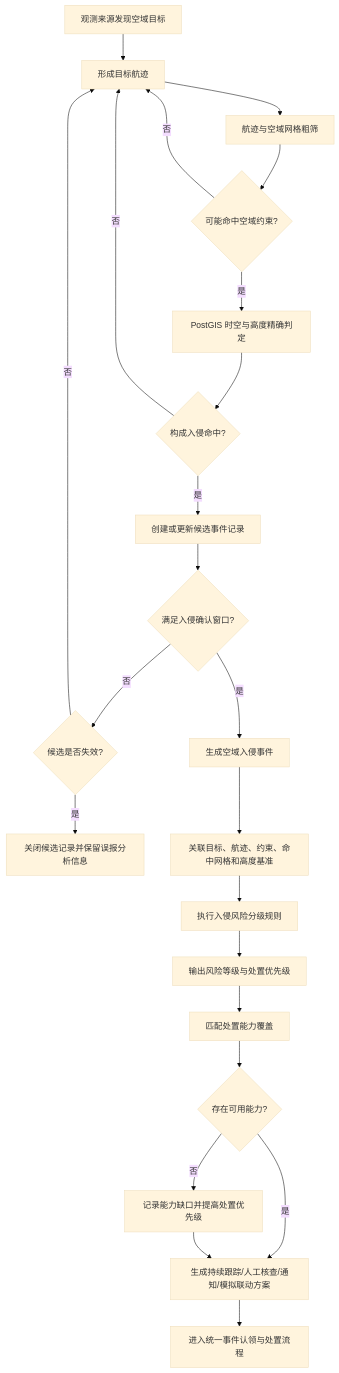
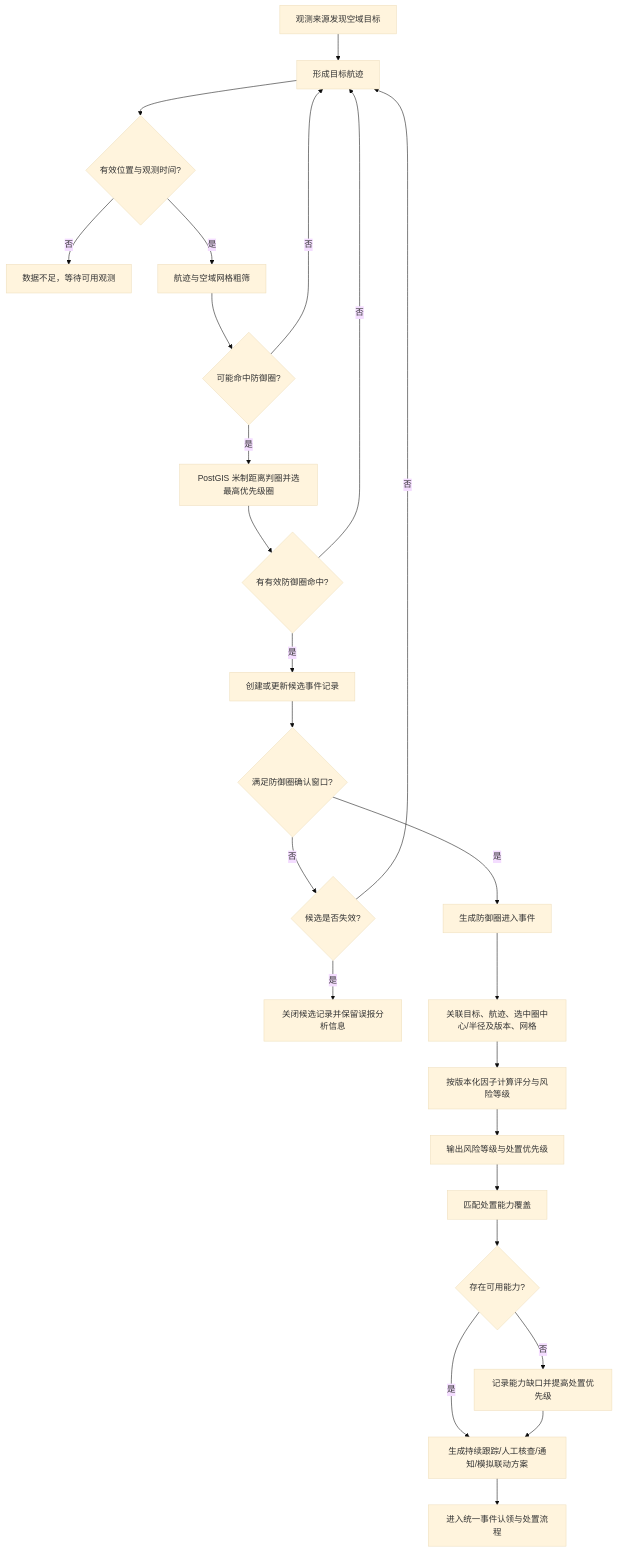
The third of 7 diagrams in docs/airspace-event-response-business-flow.md (madizm/huaguoshan-uav), drawn with Mermaid (base theme) before and after one commit. The commit also changed other lines of this file and 5 other files, not shown here.

````diff
--- a/docs/airspace-event-response-business-flow.md
+++ b/docs/airspace-event-response-business-flow.md
@@ -103,30 +105,32 @@
 ```mermaid
 flowchart TD
     A[观测来源发现空域目标] --> B[形成目标航迹]
-    B --> C[航迹与空域网格粗筛]
-    C --> D{可能命中空域约束?}
+    B --> V{有效位置与观测时间?}
+    V -- 否 --> X[数据不足，等待可用观测]
+    V -- 是 --> C[航迹与空域网格粗筛]
+    C --> D{可能命中防御圈?}
     D -- 否 --> B
-    D -- 是 --> E[PostGIS 时空与高度精确判定]
+    D -- 是 --> E[PostGIS 米制距离判圈并选最高优先级圈]
 
-    E --> F{构成入侵命中?}
+    E --> F{有有效防御圈命中?}
     F -- 否 --> B
     F -- 是 --> G[创建或更新候选事件记录]
 
-    G --> H{满足入侵确认窗口?}
+    G --> H{满足防御圈确认窗口?}
     H -- 否 --> I{候选是否失效?}
     I -- 否 --> B
     I -- 是 --> J[关闭候选记录并保留误报分析信息]
 
-    H -- 是 --> K[生成空域入侵事件]
-    K --> L[关联目标、航迹、约束、命中网格和高度基准]
-    L --> M[执行入侵风险分级规则]
+    H -- 是 --> K[生成防御圈进入事件]
+    K --> L[关联目标、航迹、选中圈中心/半径及版本、网格]
+    L --> M[按版本化因子计算评分与风险等级]
     M --> N[输出风险等级与处置优先级]
 
     N --> O[匹配处置能力覆盖]
     O --> P{存在可用能力?}
     P -- 是 --> Q[生成持续跟踪/人工核查/通知/模拟联动方案]
     P -- 否 --> R[记录能力缺口并提高处置优先级]
     R --> Q
 
     Q --> S[进入统一事件认领与处置流程]
 ```
````
